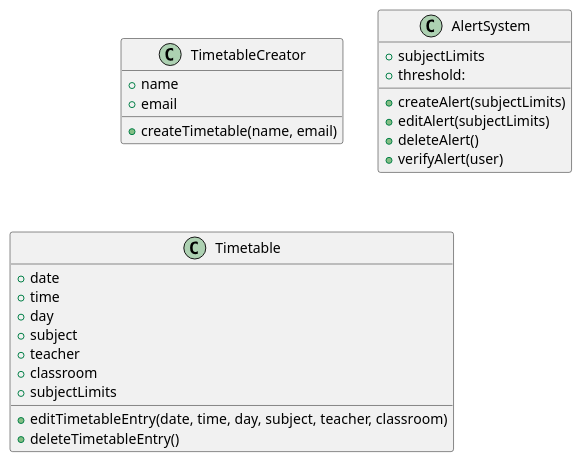
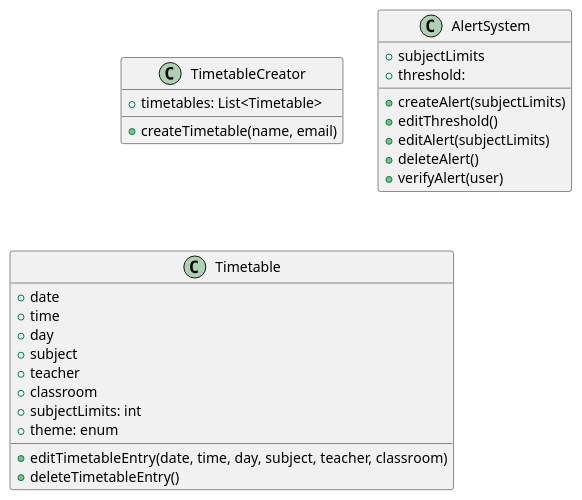
One commit to anshium/DASS-Assignment-3-IMS-System-Design changed the diagram in timetable.plantuml. Above: the diagram before and after it, drawn with PlantUML. The commit also changed 4 other files, not shown here.

```diff
--- a/timetable.plantuml
+++ b/timetable.plantuml
@@ -1,31 +1,35 @@
 @startuml timetable
 
 class TimetableCreator {
-    + name
-    + email
+    + timetables: List<Timetable>
+
     + createTimetable(name, email)
 }
 
 class AlertSystem {
     + subjectLimits
     + threshold: 
 	'(Maximum number of subjects per week)'
+	
     + createAlert(subjectLimits)
+	+ editThreshold()
     + editAlert(subjectLimits)
     + deleteAlert()
     + verifyAlert(user)
 }
 
 class Timetable {
     + date
     + time
     + day
     + subject
     + teacher
     + classroom
-    + subjectLimits
+    + subjectLimits: int
+	+ theme: enum
+
     + editTimetableEntry(date, time, day, subject, teacher, classroom)
     + deleteTimetableEntry()
 }
 
 @enduml
```
